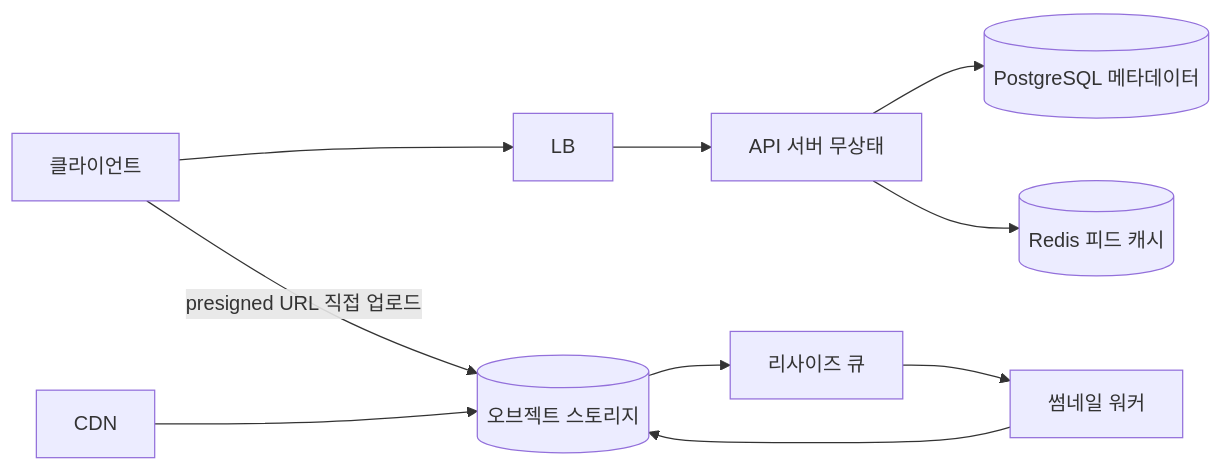
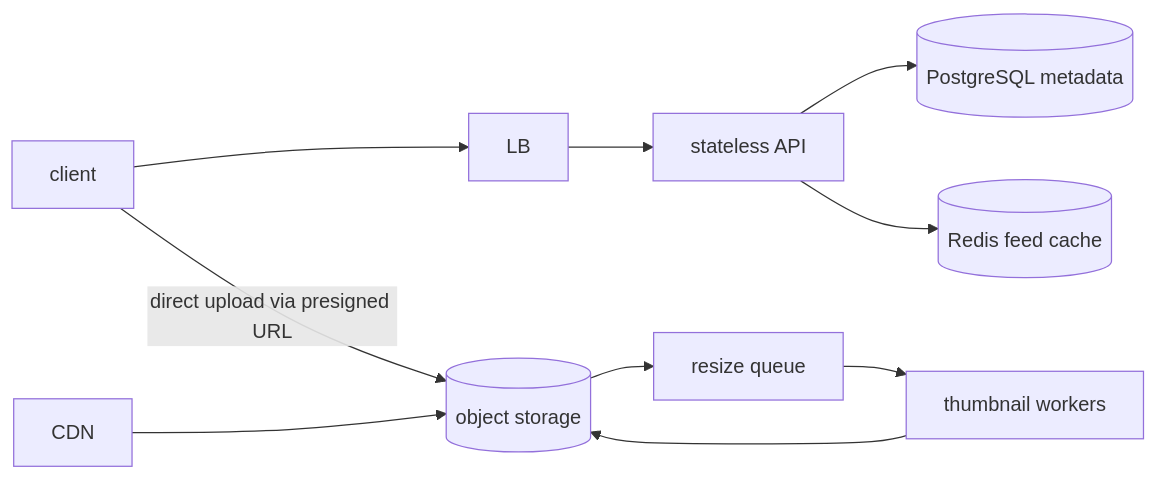
One commit to SeuPut0705/seudesign changed the diagram in examples/design-example.md. Above: the diagram before and after it, drawn with Mermaid. The commit also changed other lines of this file and 6 other files, not shown here.

````diff
--- a/examples/design-example.md
+++ b/examples/design-example.md
@@ -17,9 +18,9 @@
 ```mermaid
 flowchart LR
-    C[클라이언트] --> LB --> API[API 서버 무상태]
-    API --> PG[(PostgreSQL 메타데이터)]
-    API --> R[(Redis 피드 캐시)]
-    C -- presigned URL 직접 업로드 --> S3[(오브젝트 스토리지)]
-    S3 --> Q[리사이즈 큐] --> W[썸네일 워커] --> S3
+    C[client] --> LB --> API[stateless API]
+    API --> PG[(PostgreSQL metadata)]
+    API --> R[(Redis feed cache)]
+    C -- direct upload via presigned URL --> S3[(object storage)]
+    S3 --> Q[resize queue] --> W[thumbnail workers] --> S3
     CDN --> S3
 ```
````
